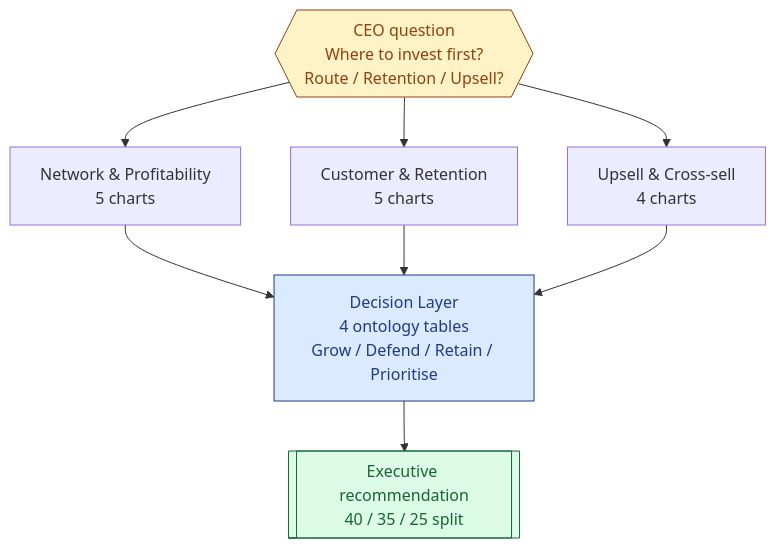
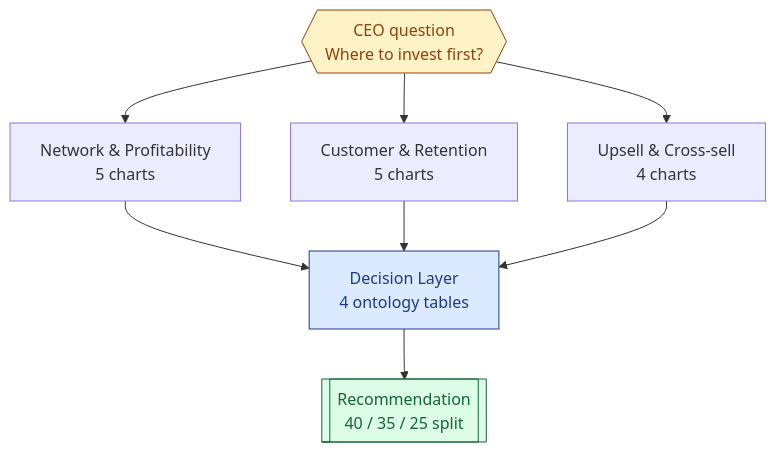
One commit to Yann-Axel/engineer_analytics_challenge_aci changed the diagram in docs/09_dashboard_design.md. Above: the diagram before and after it, drawn with Mermaid. The commit also changed other lines of this file and 13 other files, not shown here.

````diff
--- a/docs/09_dashboard_design.md
+++ b/docs/09_dashboard_design.md
@@ -20,18 +20,17 @@
 ```mermaid
 flowchart TB
-    Q{{CEO question<br/>Where to invest first?<br/>Route / Retention / Upsell?}}
-    Q --> D1[Network & Profitability<br/>5 charts]
+    Q{{CEO question<br/>Where to invest first?}} --> D1[Network & Profitability<br/>5 charts]
     Q --> D2[Customer & Retention<br/>5 charts]
     Q --> D3[Upsell & Cross-sell<br/>4 charts]
-    D1 --> D4[Decision Layer<br/>4 ontology tables<br/>Grow / Defend / Retain / Prioritise]
+    D1 --> D4[Decision Layer<br/>4 ontology tables]
     D2 --> D4
     D3 --> D4
-    D4 --> R[[Executive recommendation<br/>40 / 35 / 25 split]]
+    D4 --> R[[Recommendation<br/>40 / 35 / 25 split]]
 
     classDef q fill:#fef3c7,stroke:#92400e,color:#92400e
     classDef dec fill:#dbeafe,stroke:#1e3a8a,color:#1e3a8a
     classDef out fill:#dcfce7,stroke:#166534,color:#166534
     class Q q
     class D4 dec
     class R out
 ```
````
